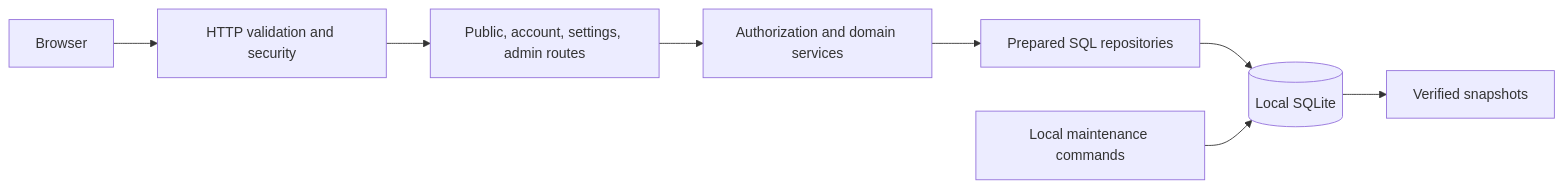
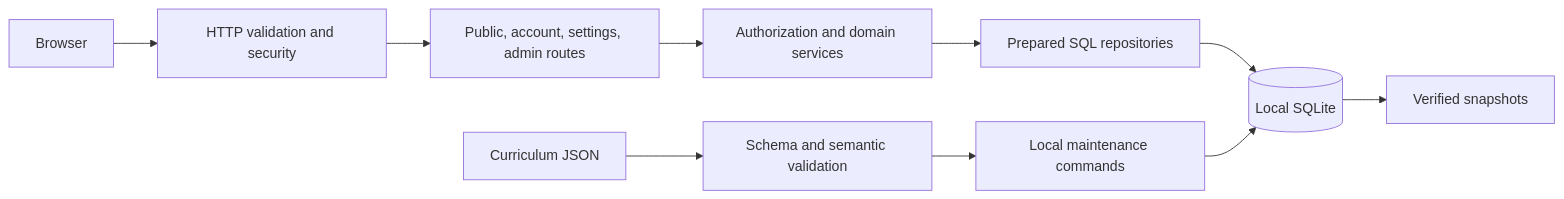
One commit to LanceOS/Alexandria changed the diagram in docs/server-architecture.md. Above: the diagram before and after it, drawn with Mermaid. The commit also changed other lines of this file and 34 other files, not shown here.

First line of the commit message:
Organize C++ Basics as validated JSON curriculum

````diff
--- a/docs/server-architecture.md
+++ b/docs/server-architecture.md
@@ -5,10 +5,12 @@
 ```mermaid
 flowchart LR
     Browser --> HTTP[HTTP validation and security]
     HTTP --> Routes[Public, account, settings, admin routes]
     Routes --> Services[Authorization and domain services]
     Services --> Repositories[Prepared SQL repositories]
     Repositories --> SQLite[(Local SQLite)]
     Commands[Local maintenance commands] --> SQLite
+    Content[Curriculum JSON] --> Validation[Schema and semantic validation]
+    Validation --> Commands
     SQLite --> Backups[Verified snapshots]
 ```
````
